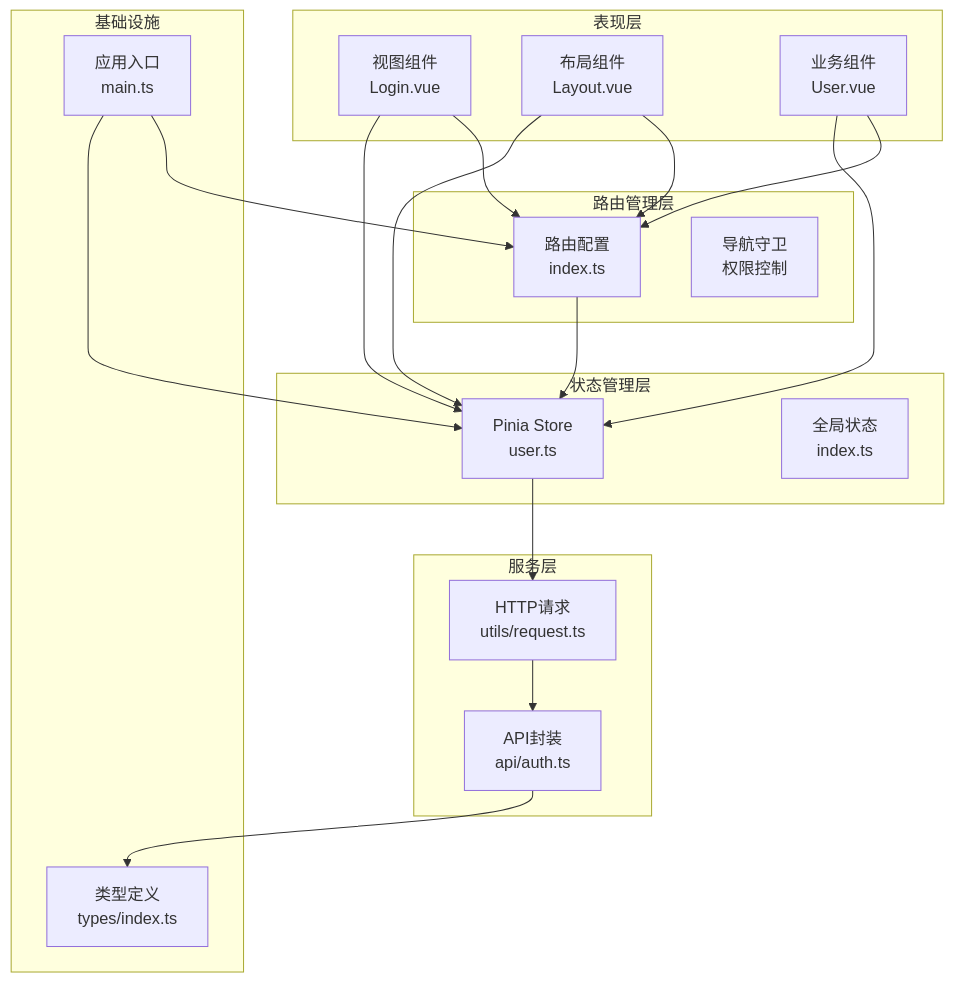
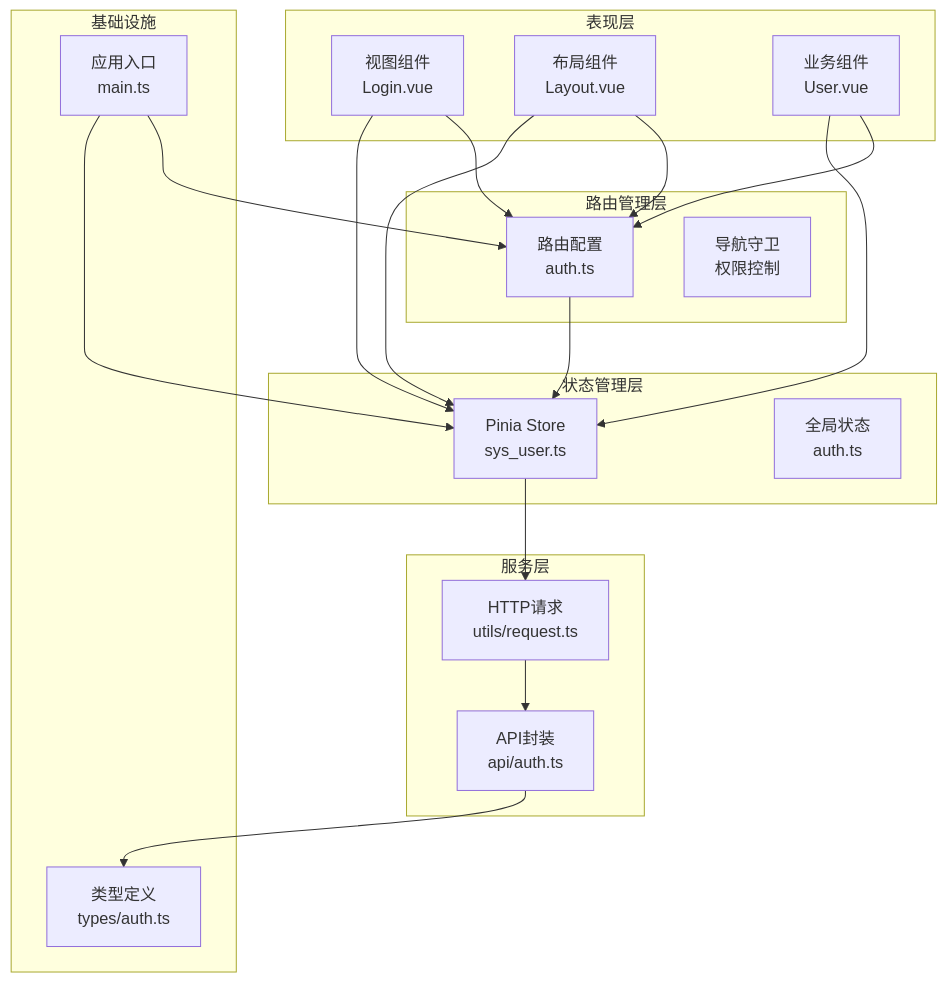
One commit to qiseyun/vue-ts-admin changed the second of 7 diagrams in .qoder/repowiki/zh/content/架构设计/数据流设计.md. Above: the diagram before and after it, drawn with Mermaid. The commit also changed other lines of this file and 42 other files, not shown here.

````diff
--- a/.qoder/repowiki/zh/content/架构设计/数据流设计.md
+++ b/.qoder/repowiki/zh/content/架构设计/数据流设计.md
@@ -146,36 +146,36 @@
 ```mermaid
 graph TB
 subgraph "表现层"
 V1[视图组件<br/>Login.vue]
 V2[布局组件<br/>Layout.vue]
 V3[业务组件<br/>User.vue]
 end
 subgraph "状态管理层"
-S1[Pinia Store<br/>user.ts]
-S2[全局状态<br/>index.ts]
+S1[Pinia Store<br/>sys_user.ts]
+S2[全局状态<br/>auth.ts]
 end
 subgraph "路由管理层"
-R1[路由配置<br/>index.ts]
+R1[路由配置<br/>auth.ts]
 R2[导航守卫<br/>权限控制]
 end
 subgraph "服务层"
 H1[HTTP请求<br/>utils/request.ts]
 H2[API封装<br/>api/auth.ts]
 end
 subgraph "基础设施"
-T1[类型定义<br/>types/index.ts]
+T1[类型定义<br/>types/auth.ts]
 P1[应用入口<br/>main.ts]
 end
 V1 --> S1
 V2 --> S1
 V3 --> S1
 V1 --> R1
 V2 --> R1
 V3 --> R1
 S1 --> H1
 H1 --> H2
 R1 --> S1
 P1 --> S1
 P1 --> R1
 H2 --> T1
 ```
````
